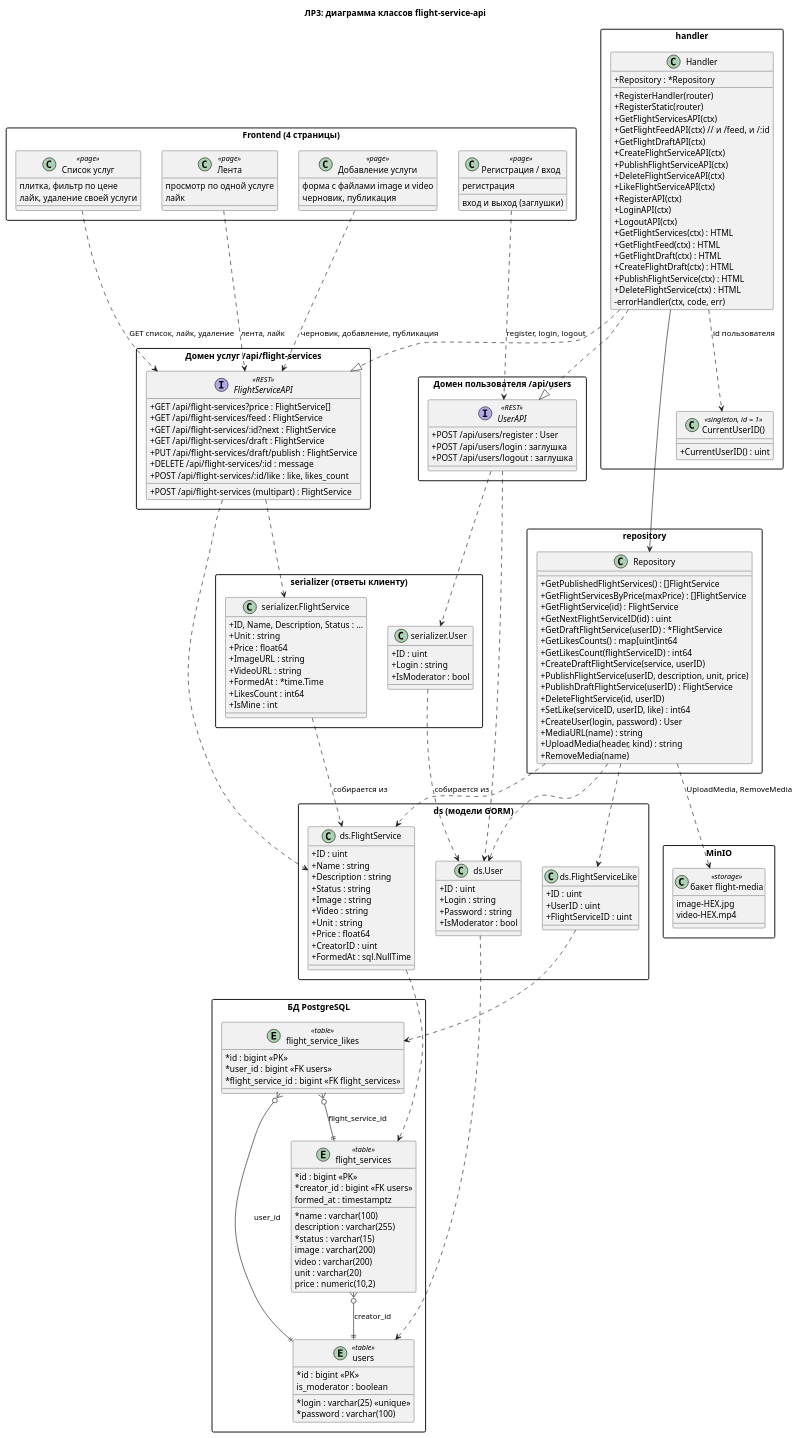
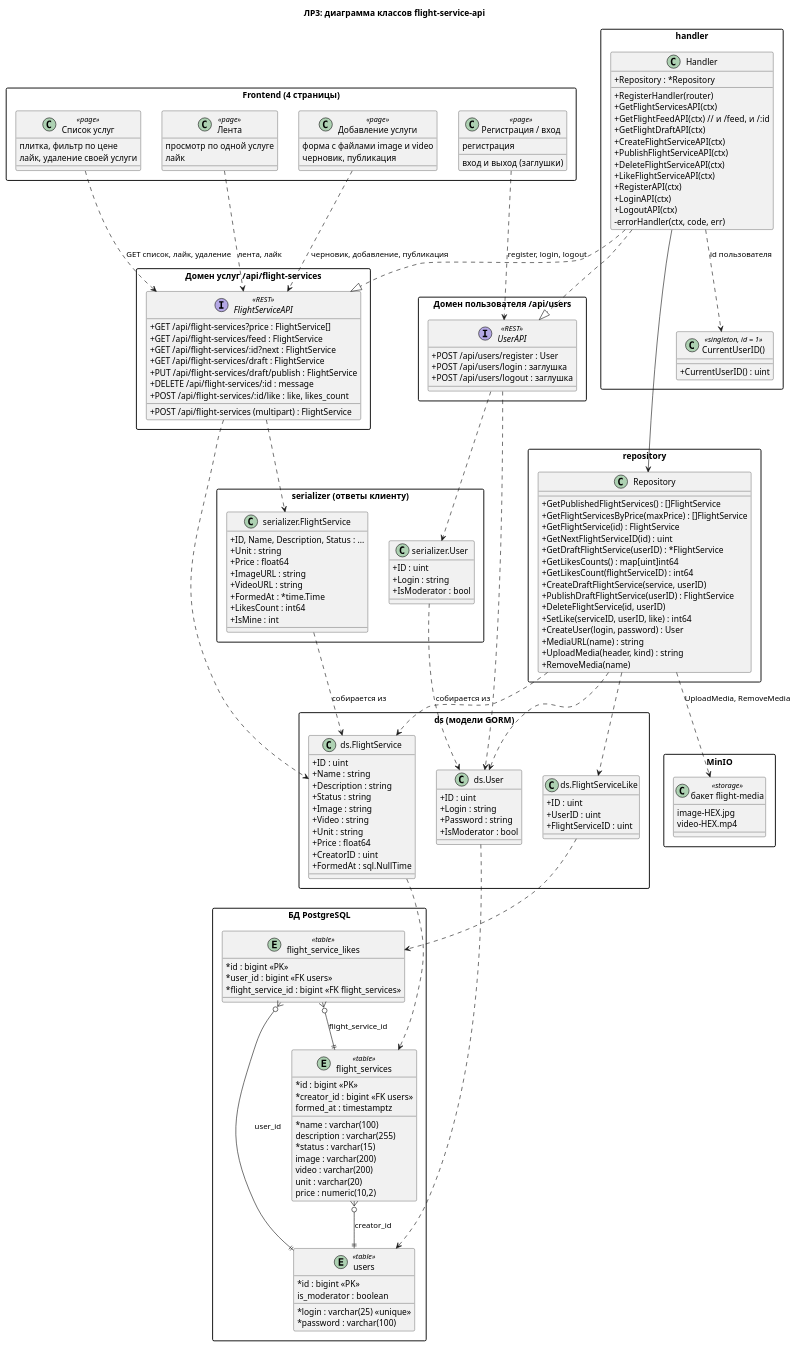
Before and after one commit to virsi/flight-service-api: the diagram in docs/lab3-class-diagram.puml, drawn with PlantUML. The commit also changed 9 other files, not shown here.

```diff
--- a/docs/lab3-class-diagram.puml
+++ b/docs/lab3-class-diagram.puml
@@ -47,7 +47,6 @@
   class Handler {
     + Repository : *Repository
     + RegisterHandler(router)
-    + RegisterStatic(router)
     + GetFlightServicesAPI(ctx)
     + GetFlightFeedAPI(ctx)  // и /feed, и /:id
     + GetFlightDraftAPI(ctx)
@@ -58,12 +57,6 @@
     + RegisterAPI(ctx)
     + LoginAPI(ctx)
     + LogoutAPI(ctx)
-    + GetFlightServices(ctx) : HTML
-    + GetFlightFeed(ctx) : HTML
-    + GetFlightDraft(ctx) : HTML
-    + CreateFlightDraft(ctx) : HTML
-    + PublishFlightService(ctx) : HTML
-    + DeleteFlightService(ctx) : HTML
     - errorHandler(ctx, code, err)
   }
   class "CurrentUserID()" as CurrentUser <<singleton, id = 1>> {
@@ -81,7 +74,6 @@
     + GetLikesCounts() : map[uint]int64
     + GetLikesCount(flightServiceID) : int64
     + CreateDraftFlightService(service, userID)
-    + PublishFlightService(userID, description, unit, price)
     + PublishDraftFlightService(userID) : FlightService
     + DeleteFlightService(id, userID)
     + SetLike(serviceID, userID, like) : int64
```
